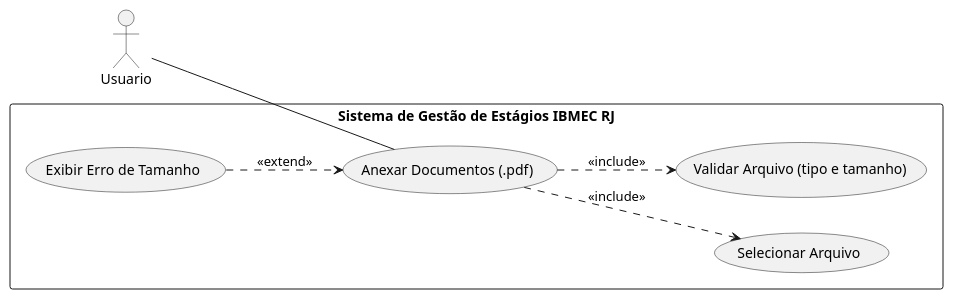
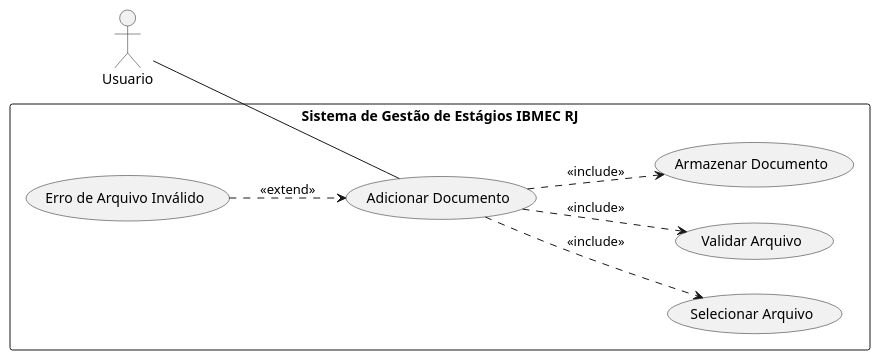
The third of 10 diagrams in docs/Elaboracao/casos_de_uso.md (Projetos-de-Extensao/PBE_26.1_8002_I), drawn with PlantUML before and after one commit. The commit also changed other lines of this file, not shown here.

````diff
--- a/docs/Elaboracao/casos_de_uso.md
+++ b/docs/Elaboracao/casos_de_uso.md
@@ -154,25 +169,27 @@
 ```puml
 @startuml
 left to right direction
 
 actor Usuario
 
 rectangle "Sistema de Gestão de Estágios IBMEC RJ" {
 
-  usecase "Anexar Documentos (.pdf)" as UC1
+  usecase "Adicionar Documento" as UC1
   usecase "Selecionar Arquivo" as UC2
-  usecase "Validar Arquivo (tipo e tamanho)" as UC3
-  usecase "Exibir Erro de Tamanho" as UC4
+  usecase "Validar Arquivo" as UC3
+  usecase "Armazenar Documento" as UC4
+  usecase "Erro de Arquivo Inválido" as UC5
 
 }
 
 Usuario -- UC1
 
 UC1 ..> UC2 : <<include>>
 UC1 ..> UC3 : <<include>>
+UC1 ..> UC4 : <<include>>
 
-UC4 ..> UC1 : <<extend>>
+UC5 ..> UC1 : <<extend>>
 
 @enduml
 
 ```
````
